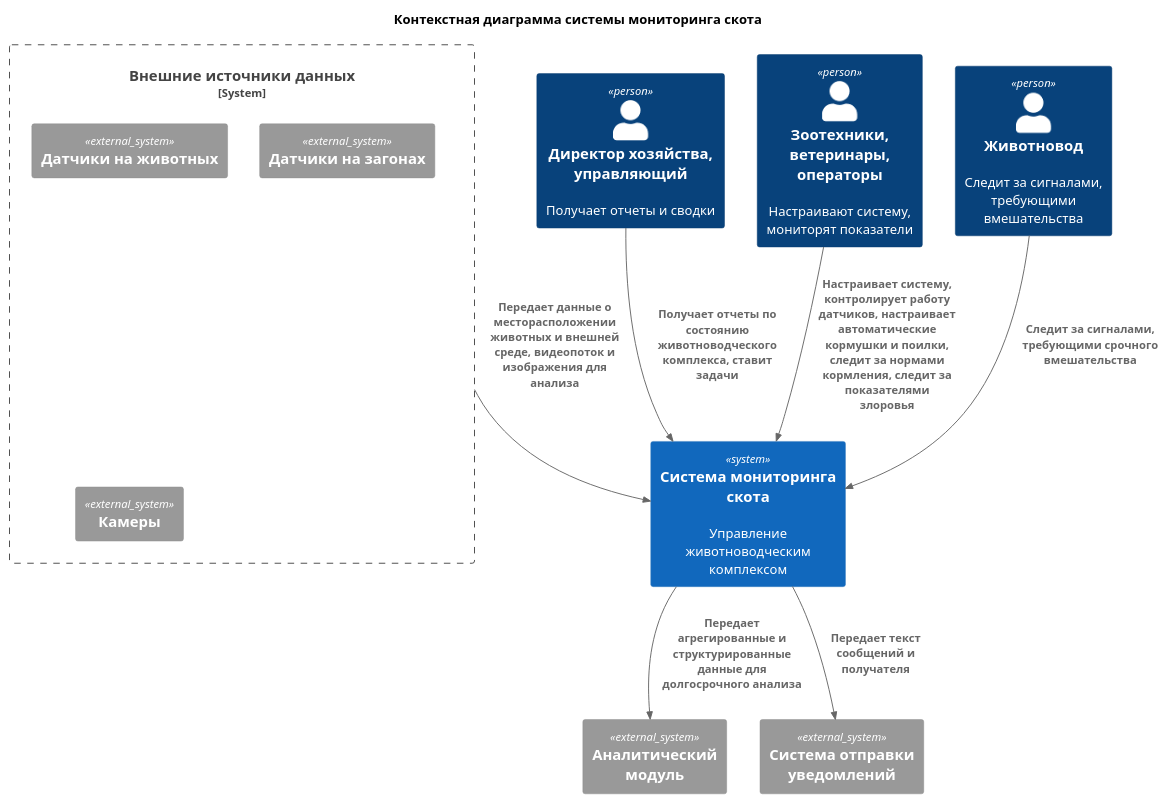
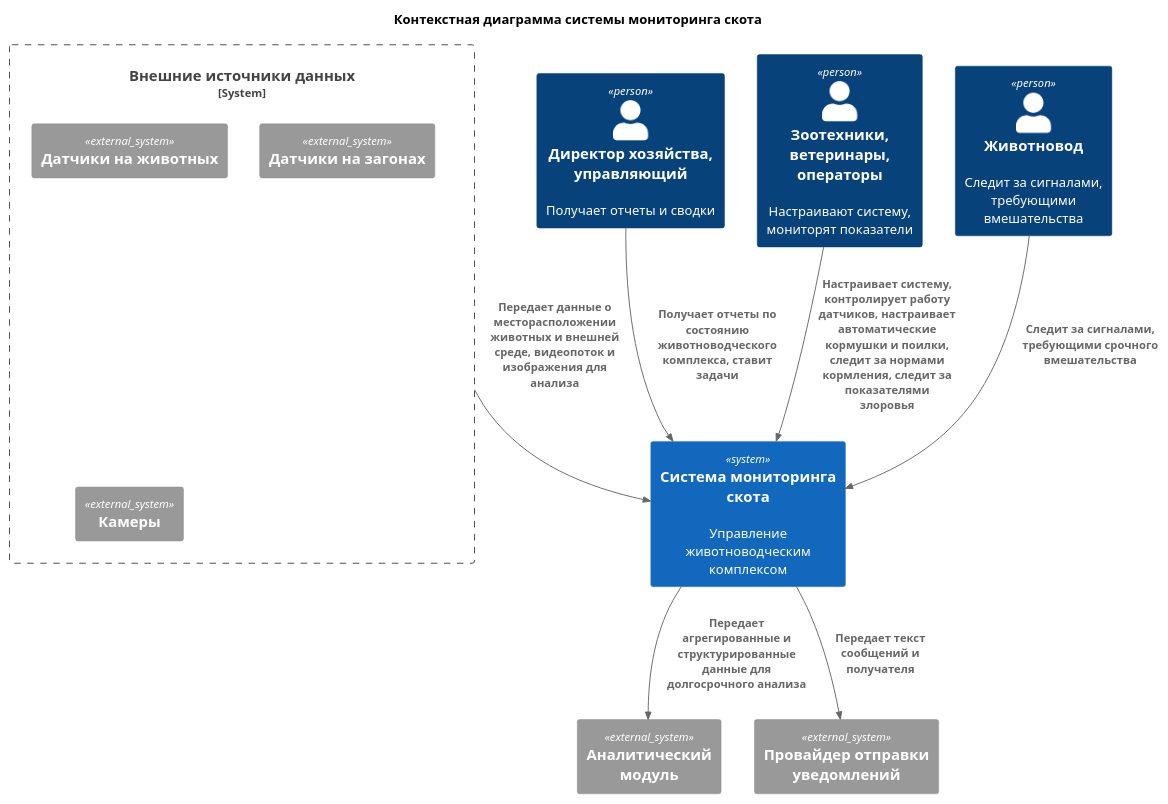
The diagram in Task1/C1.puml (kmalkova94/MSA-AgroTech), drawn with PlantUML before and after one commit. The commit also changed 2 other files, not shown here.

Commit message:
update context diagram

```diff
--- a/Task1/C1.puml
+++ b/Task1/C1.puml
@@ -1,27 +1,27 @@
 @startuml Контекстная диаграмма системы мониторинга скота
 !include https://raw.githubusercontent.com/plantuml-stdlib/C4-PlantUML/master/C4_Container.puml
 
 title Контекстная диаграмма системы мониторинга скота
 
 Person(администратор, "Директор хозяйства, управляющий", "Получает отчеты и сводки")
 Person(менеджер, "Зоотехники, ветеринары, операторы", "Настраивают систему, мониторят показатели")
 Person(животновод, "Животновод", "Следит за сигналами, требующими вмешательства")
 
 System(PigMonitoringSystem, "Система мониторинга скота", "Управление животноводческим комплексом")
 System_Ext(аналитика, "Аналитический модуль")
-System_Ext(уведомления, "Система отправки уведомлений")
- System_Boundary(iot, "Внешние источники данных"){
+System_Ext(уведомления, "Провайдер отправки уведомлений")
+System_Boundary(iot, "Внешние источники данных"){
     System_Ext(датчики_животные, "Датчики на животных")
     System_Ext(датчики_загоны, "Датчики на загонах")
     System_Ext(камеры, "Камеры")
 }
 
 Rel(администратор, PigMonitoringSystem, "Получает отчеты по состоянию животноводческого комплекса, ставит задачи")
 Rel(менеджер, PigMonitoringSystem, "Настраивает систему, контролирует работу датчиков, настраивает автоматические кормушки и поилки, следит за нормами кормления, следит за показателями злоровья")
 Rel(животновод, PigMonitoringSystem, "Следит за сигналами, требующими срочного вмешательства")
 
 Rel(iot, PigMonitoringSystem, "Передает данные о месторасположении животных и внешней среде, видеопоток и изображения для анализа")
 Rel(PigMonitoringSystem, аналитика, "Передает агрегированные и структурированные данные для долгосрочного анализа")
 Rel(PigMonitoringSystem, уведомления, "Передает текст сообщений и получателя")
 
 @enduml
```
